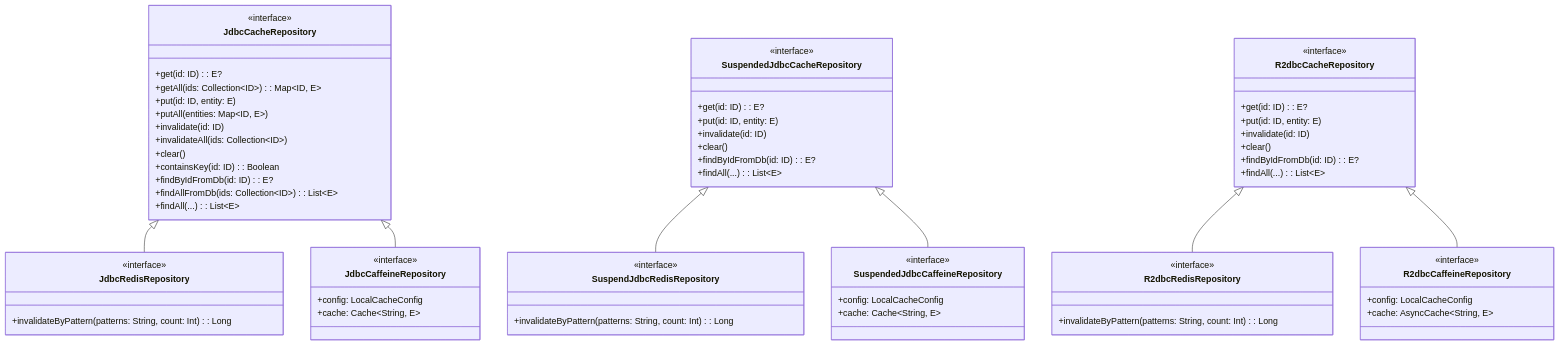
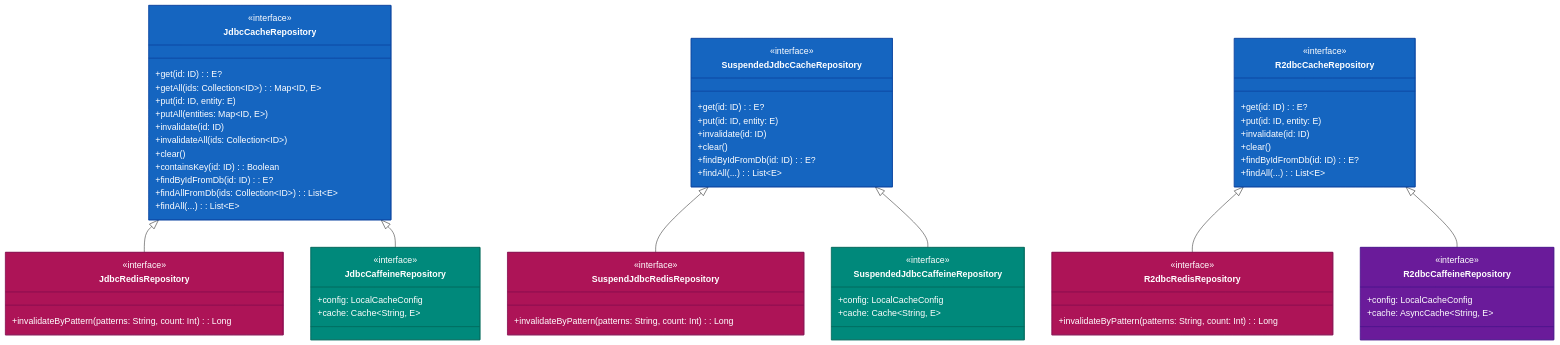
Before and after one commit to bluetape4k/bluetape4k-projects: the first of 3 diagrams in data/exposed-cache/README.ko.md, drawn with Mermaid. The commit also changed other lines of this file and 221 other files, not shown here.

First line of the commit message:
docs: 전체 모듈 README UML 다이어그램 보강 및 색상 업그레이드

````diff
--- a/data/exposed-cache/README.ko.md
+++ b/data/exposed-cache/README.ko.md
@@ -26,71 +26,81 @@
 ```mermaid
 classDiagram
     direction TB
 
     class JdbcCacheRepository {
         <<interface>>
         +get(id: ID): E?
         +getAll(ids: Collection~ID~): Map~ID, E~
         +put(id: ID, entity: E)
         +putAll(entities: Map~ID, E~)
         +invalidate(id: ID)
         +invalidateAll(ids: Collection~ID~)
         +clear()
         +containsKey(id: ID): Boolean
         +findByIdFromDb(id: ID): E?
         +findAllFromDb(ids: Collection~ID~): List~E~
         +findAll(...): List~E~
     }
     class JdbcRedisRepository {
         <<interface>>
         +invalidateByPattern(patterns: String, count: Int): Long
     }
     class JdbcCaffeineRepository {
         <<interface>>
         +config: LocalCacheConfig
         +cache: Cache~String, E~
     }
     class SuspendedJdbcCacheRepository {
         <<interface>>
         +get(id: ID): E?
         +put(id: ID, entity: E)
         +invalidate(id: ID)
         +clear()
         +findByIdFromDb(id: ID): E?
         +findAll(...): List~E~
     }
     class SuspendJdbcRedisRepository {
         <<interface>>
         +invalidateByPattern(patterns: String, count: Int): Long
     }
     class SuspendedJdbcCaffeineRepository {
         <<interface>>
         +config: LocalCacheConfig
         +cache: Cache~String, E~
     }
     class R2dbcCacheRepository {
         <<interface>>
         +get(id: ID): E?
         +put(id: ID, entity: E)
         +invalidate(id: ID)
         +clear()
         +findByIdFromDb(id: ID): E?
         +findAll(...): List~E~
     }
     class R2dbcRedisRepository {
         <<interface>>
         +invalidateByPattern(patterns: String, count: Int): Long
     }
     class R2dbcCaffeineRepository {
         <<interface>>
         +config: LocalCacheConfig
         +cache: AsyncCache~String, E~
     }
 
     JdbcCacheRepository <|-- JdbcRedisRepository
     JdbcCacheRepository <|-- JdbcCaffeineRepository
     SuspendedJdbcCacheRepository <|-- SuspendJdbcRedisRepository
     SuspendedJdbcCacheRepository <|-- SuspendedJdbcCaffeineRepository
     R2dbcCacheRepository <|-- R2dbcRedisRepository
     R2dbcCacheRepository <|-- R2dbcCaffeineRepository
+
+    style JdbcCacheRepository fill:#1565C0,stroke:#0D47A1,color:#FFFFFF
+    style JdbcRedisRepository fill:#AD1457,stroke:#880E4F,color:#FFFFFF
+    style JdbcCaffeineRepository fill:#00897B,stroke:#00695C,color:#FFFFFF
+    style SuspendedJdbcCacheRepository fill:#1565C0,stroke:#0D47A1,color:#FFFFFF
+    style SuspendJdbcRedisRepository fill:#AD1457,stroke:#880E4F,color:#FFFFFF
+    style SuspendedJdbcCaffeineRepository fill:#00897B,stroke:#00695C,color:#FFFFFF
+    style R2dbcCacheRepository fill:#1565C0,stroke:#0D47A1,color:#FFFFFF
+    style R2dbcRedisRepository fill:#AD1457,stroke:#880E4F,color:#FFFFFF
+    style R2dbcCaffeineRepository fill:#6A1B9A,stroke:#4A148C,color:#FFFFFF
 ```
````
